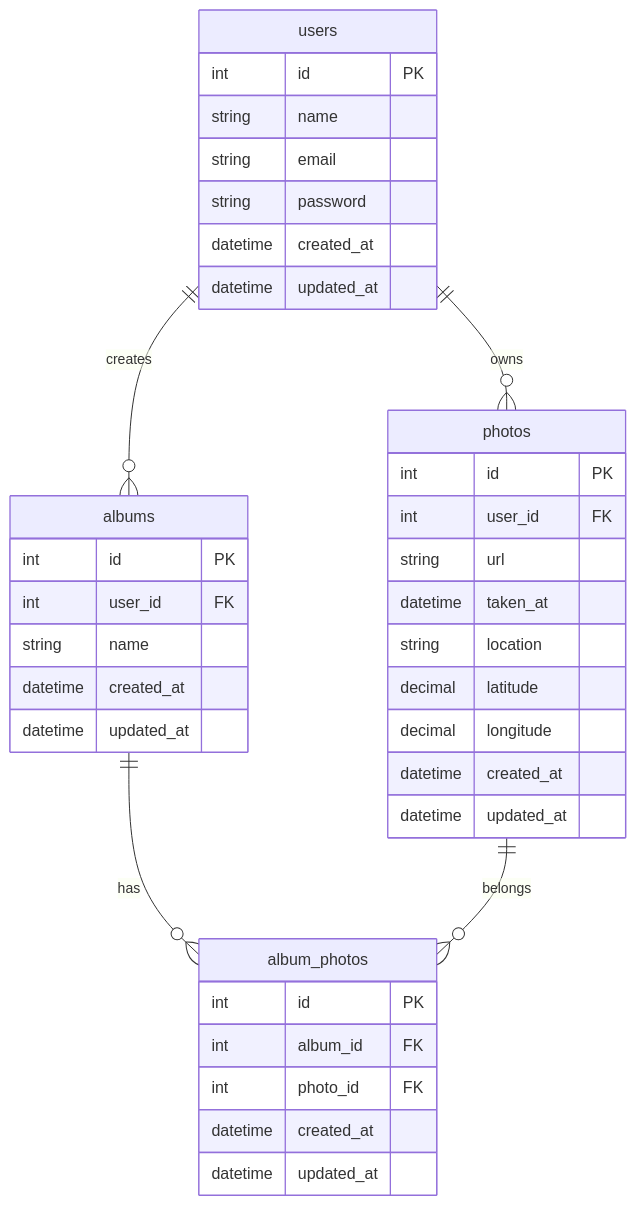
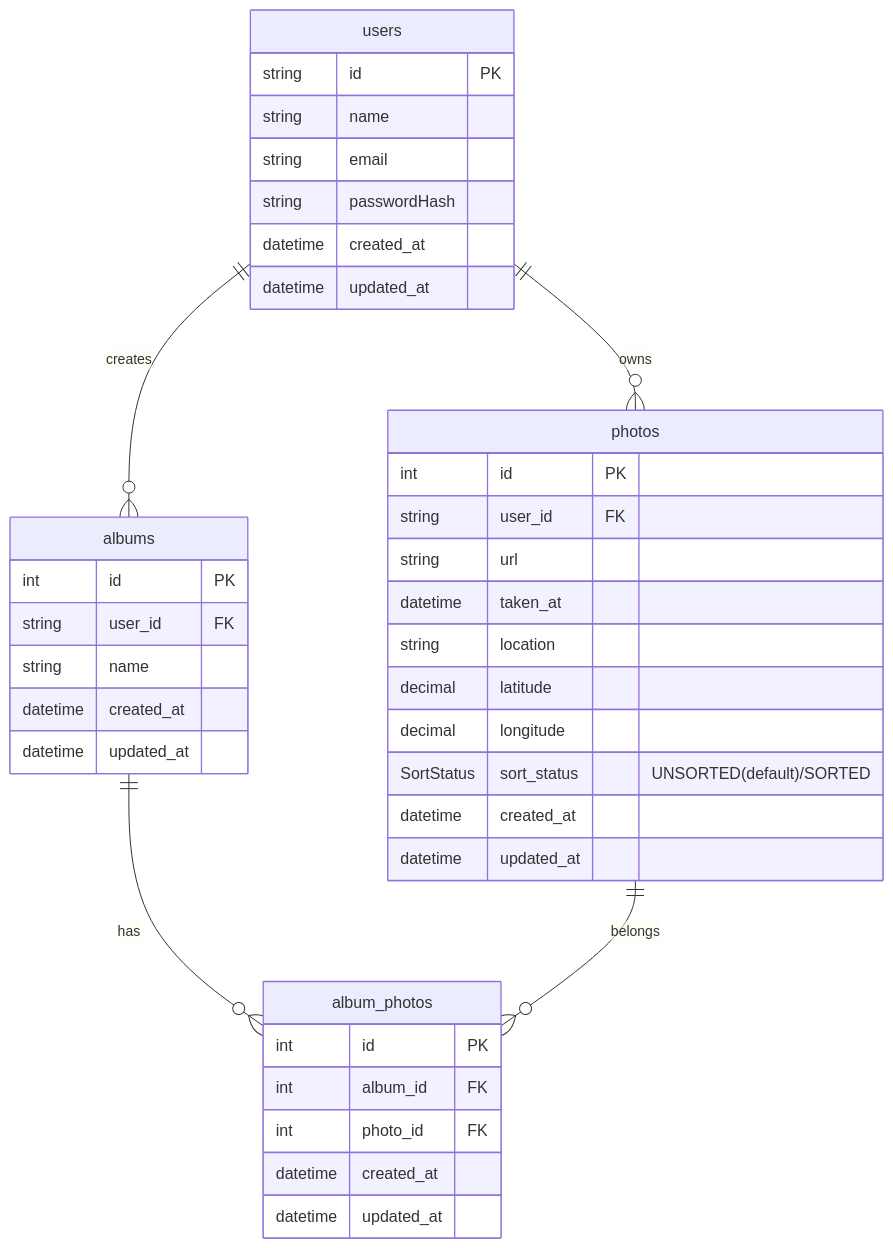
The diagram in er.md (night1010tya/photo-sorter), drawn with Mermaid before and after one commit. The commit also changed 2 other files, not shown here.

Commit message:
写真の仕分け状態を追加

````diff
--- a/er.md
+++ b/er.md
@@ -1,45 +1,46 @@
 ```mermaid
 erDiagram
 
     users ||--o{ albums : creates
     users ||--o{ photos : owns
     albums ||--o{ album_photos : has
     photos ||--o{ album_photos : belongs
 
     users {
-        int id PK
+        string id PK
         string name
         string email
-        string password
+        string passwordHash
         datetime created_at
         datetime updated_at
     }
 
     albums {
         int id PK
-        int user_id FK
+        string user_id FK
         string name
         datetime created_at
         datetime updated_at
     }
 
     photos {
         int id PK
-        int user_id FK
+        string user_id FK
         string url
         datetime taken_at
         string location
         decimal latitude
         decimal longitude
+        SortStatus sort_status "UNSORTED(default)/SORTED"
         datetime created_at
         datetime updated_at
     }
 
     album_photos {
         int id PK
         int album_id FK
         int photo_id FK
         datetime created_at
         datetime updated_at
     }
 ```
````
